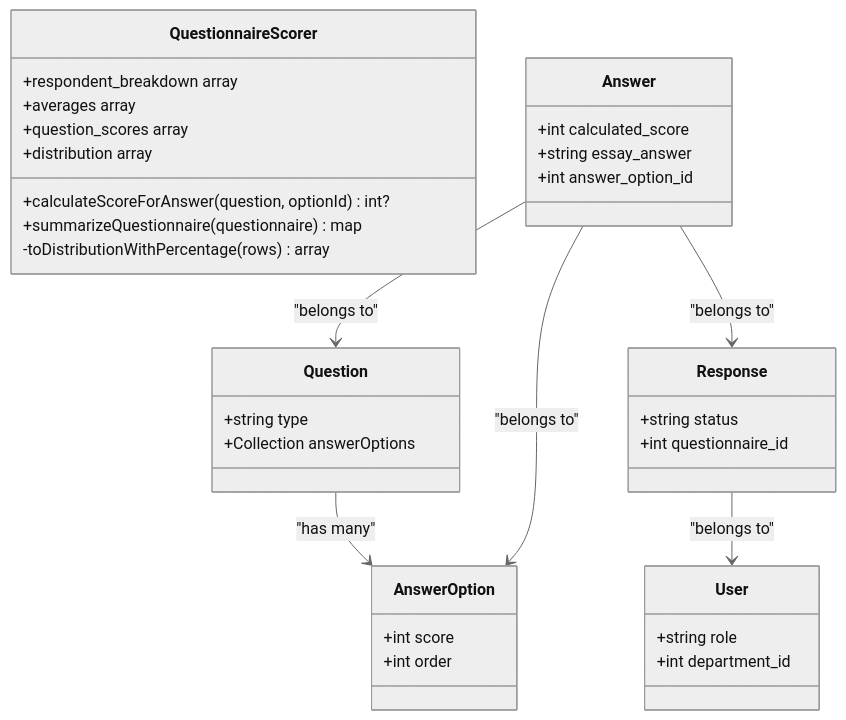
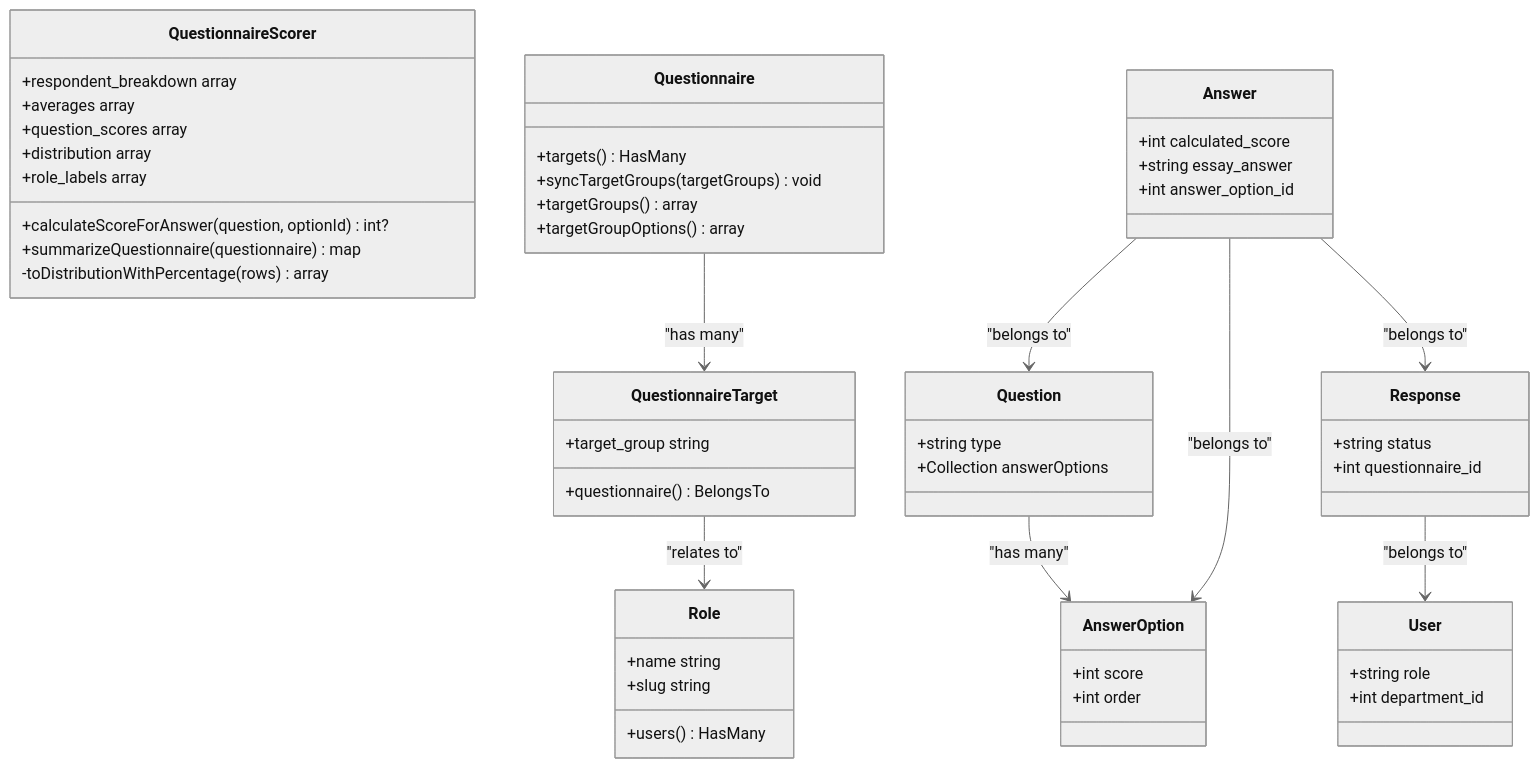
The third of 8 diagrams in .qoder/repowiki/en/content/Core Features/Evaluation Workflows/Scoring Algorithm.md (rudicatsmile/assesment360), drawn with Mermaid (neutral theme) before and after one commit. The commit also changed other lines of this file and 4 other files, not shown here.

First line of the commit message:
feat(analytics): implement dynamic target group management in scoring algorithm

````diff
--- a/.qoder/repowiki/en/content/Core Features/Evaluation Workflows/Scoring Algorithm.md
+++ b/.qoder/repowiki/en/content/Core Features/Evaluation Workflows/Scoring Algorithm.md
@@ -223,38 +245,56 @@
 ```mermaid
 classDiagram
 class QuestionnaireScorer {
 +calculateScoreForAnswer(question, optionId) int?
 +summarizeQuestionnaire(questionnaire) map
 -toDistributionWithPercentage(rows) array
 +respondent_breakdown array
 +averages array
 +question_scores array
 +distribution array
++role_labels array
+}
+class Questionnaire {
++targets() HasMany
++syncTargetGroups(targetGroups) void
++targetGroups() array
++targetGroupOptions() array
+}
+class QuestionnaireTarget {
++questionnaire() BelongsTo
++target_group string
+}
+class Role {
++users() HasMany
++name string
++slug string
 }
 class Answer {
 +int calculated_score
 +string essay_answer
 +int answer_option_id
 }
 class AnswerOption {
 +int score
 +int order
 }
 class Question {
 +string type
 +Collection answerOptions
 }
 class Response {
 +string status
 +int questionnaire_id
 }
 class User {
 +string role
 +int department_id
 }
 Question --> AnswerOption : "has many"
 Answer --> Question : "belongs to"
 Answer --> AnswerOption : "belongs to"
 Answer --> Response : "belongs to"
 Response --> User : "belongs to"
+Questionnaire --> QuestionnaireTarget : "has many"
+QuestionnaireTarget --> Role : "relates to"
 ```
````
